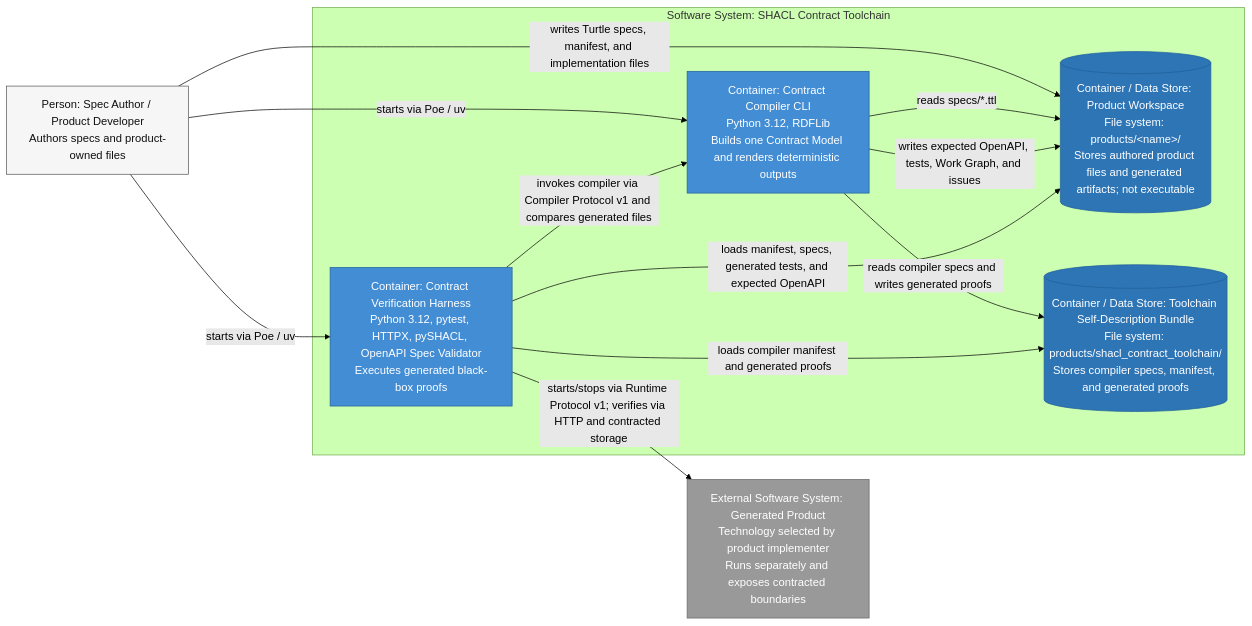
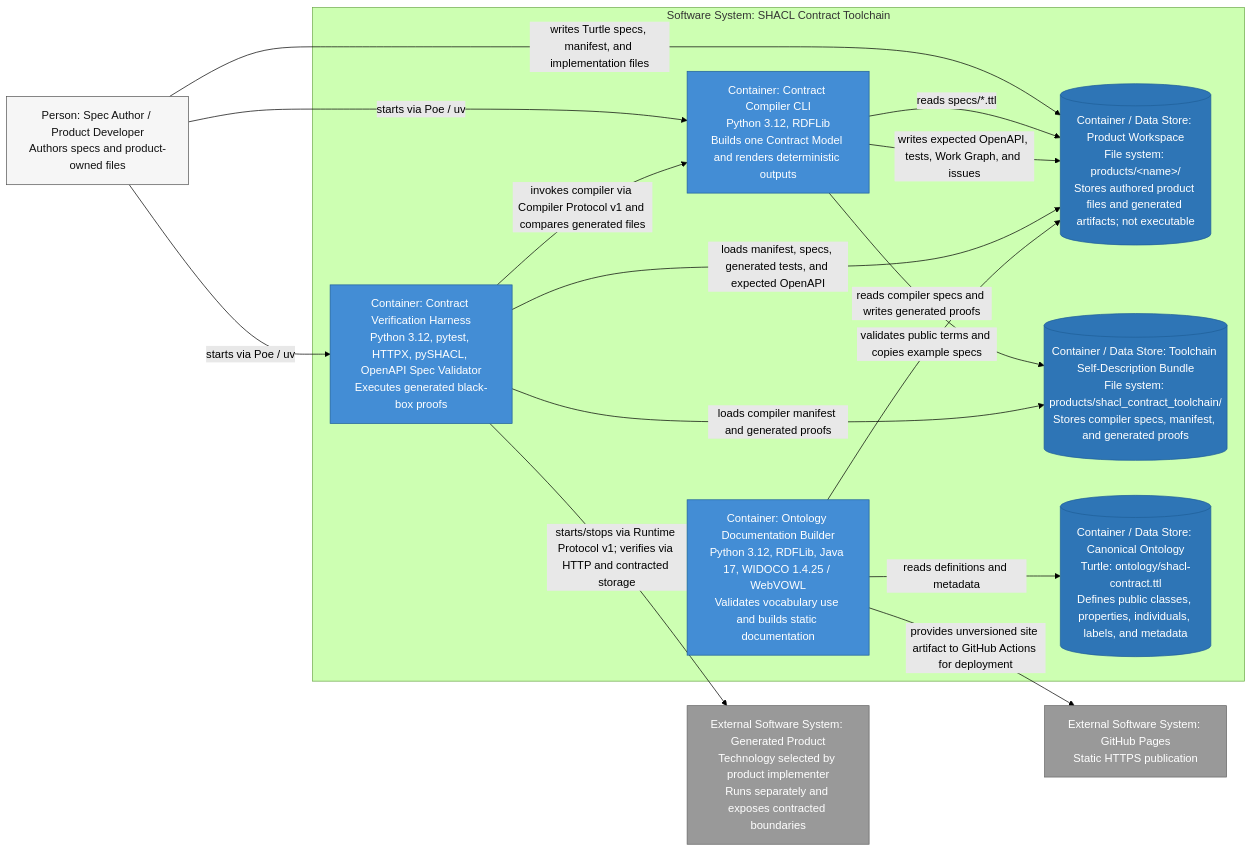
Before and after one commit to arturmiller/spec-compiler: the second of 5 diagrams in docs/architecture/c4.md, drawn with Mermaid (forest theme). The commit also changed other lines of this file and 16 other files, not shown here.

Commit message:
Publish ontology documentation with GitHub Pages

````diff
--- a/docs/architecture/c4.md
+++ b/docs/architecture/c4.md
@@ -67,33 +70,39 @@
 ```mermaid
 flowchart LR
     author["Person: Spec Author / Product Developer<br/>Authors specs and product-owned files"]
 
     subgraph tool_boundary["Software System: SHACL Contract Toolchain"]
         compiler["Container: Contract Compiler CLI<br/>Python 3.12, RDFLib<br/>Builds one Contract Model and renders deterministic outputs"]
         harness["Container: Contract Verification Harness<br/>Python 3.12, pytest, HTTPX, pySHACL, OpenAPI Spec Validator<br/>Executes generated black-box proofs"]
+        docs_builder["Container: Ontology Documentation Builder<br/>Python 3.12, RDFLib, Java 17, WIDOCO 1.4.25 / WebVOWL<br/>Validates vocabulary use and builds static documentation"]
         workspace[("Container / Data Store: Product Workspace<br/>File system: products/&lt;name&gt;/<br/>Stores authored product files and generated artifacts; not executable")]
         selfdesc[("Container / Data Store: Toolchain Self-Description Bundle<br/>File system: products/shacl_contract_toolchain/<br/>Stores compiler specs, manifest, and generated proofs")]
+        ontology[("Container / Data Store: Canonical Ontology<br/>Turtle: ontology/shacl-contract.ttl<br/>Defines public classes, properties, individuals, labels, and metadata")]
     end
 
     product["External Software System: Generated Product<br/>Technology selected by product implementer<br/>Runs separately and exposes contracted boundaries"]
+    pages["External Software System: GitHub Pages<br/>Static HTTPS publication"]
 
     author -->|"writes Turtle specs, manifest, and implementation files"| workspace
     author -->|"starts via Poe / uv"| compiler
     author -->|"starts via Poe / uv"| harness
     compiler -->|"reads specs/*.ttl"| workspace
     compiler -->|"writes expected OpenAPI, tests, Work Graph, and issues"| workspace
     compiler -->|"reads compiler specs and writes generated proofs"| selfdesc
     harness -->|"loads manifest, specs, generated tests, and expected OpenAPI"| workspace
     harness -->|"starts/stops via Runtime Protocol v1; verifies via HTTP and contracted storage"| product
     harness -->|"invokes compiler via Compiler Protocol v1 and compares generated files"| compiler
     harness -->|"loads compiler manifest and generated proofs"| selfdesc
+    docs_builder -->|"reads definitions and metadata"| ontology
+    docs_builder -->|"validates public terms and copies example specs"| workspace
+    docs_builder -->|"provides unversioned site artifact to GitHub Actions for deployment"| pages
 
     classDef person fill:#f6f6f6,stroke:#555,color:#111;
     classDef container fill:#438dd5,stroke:#1f5f99,color:#fff;
     classDef datastore fill:#2e75b6,stroke:#1f5f99,color:#fff;
     classDef external fill:#999,stroke:#666,color:#fff;
     class author person;
-    class compiler,harness container;
-    class workspace,selfdesc datastore;
-    class product external;
+    class compiler,harness,docs_builder container;
+    class workspace,selfdesc,ontology datastore;
+    class product,pages external;
 ```
````
